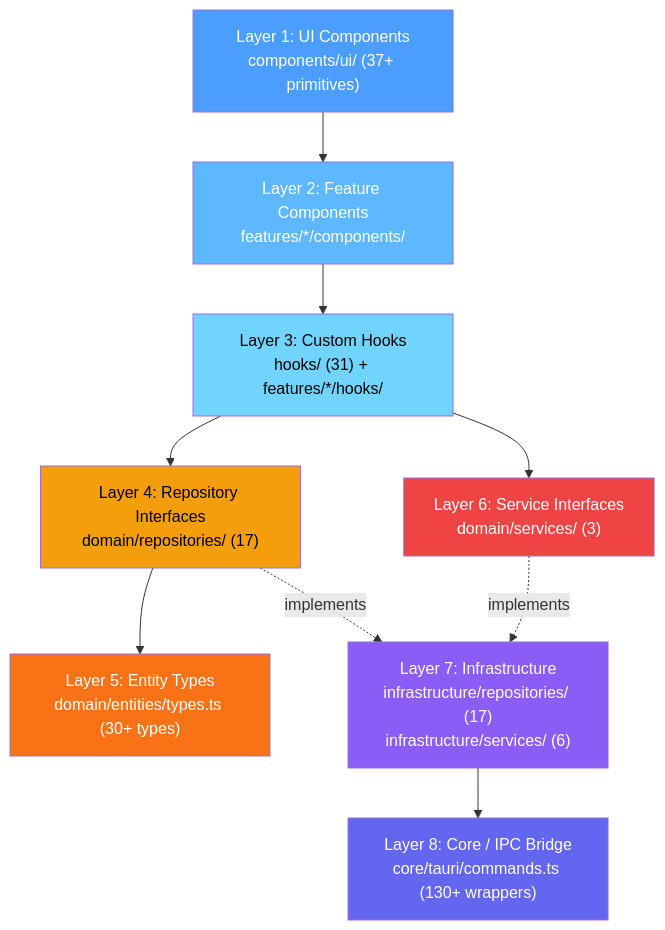
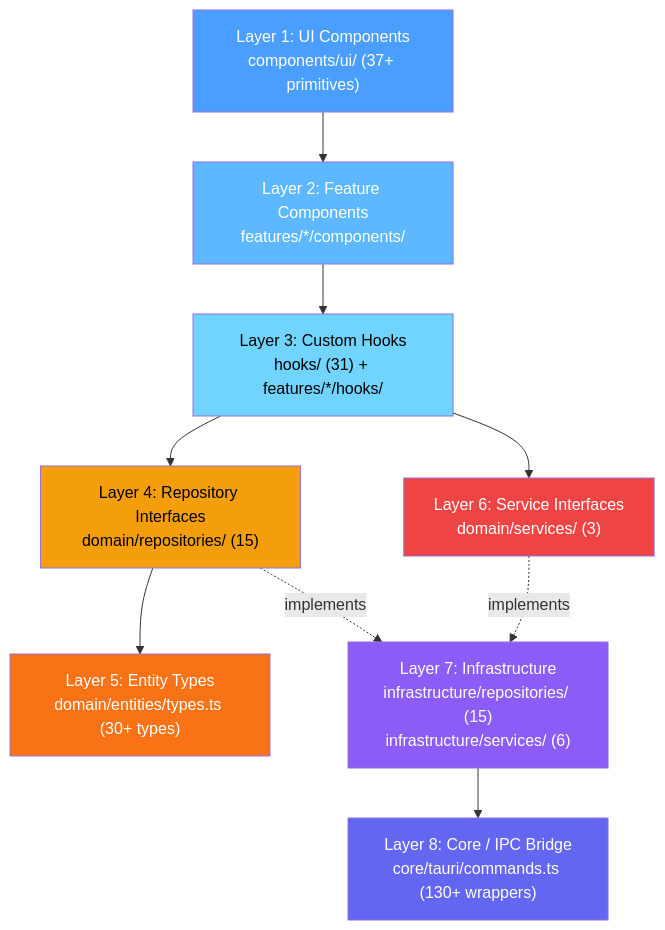
One commit to Sai-Roopesh/becomeAnAuthor changed the third of 6 diagrams in docs/hld.md. Above: the diagram before and after it, drawn with Mermaid. The commit also changed other lines of this file and 2 other files, not shown here.

First line of the commit message:
docs: remove references to deleted map and world timeline features

````diff
--- a/docs/hld.md
+++ b/docs/hld.md
@@ -341,26 +339,26 @@
 ```mermaid
 graph TB
     L1["Layer 1: UI Components<br/>components/ui/ (37+ primitives)"]
     L2["Layer 2: Feature Components<br/>features/*/components/"]
     L3["Layer 3: Custom Hooks<br/>hooks/ (31) + features/*/hooks/"]
-    L4["Layer 4: Repository Interfaces<br/>domain/repositories/ (17)"]
+    L4["Layer 4: Repository Interfaces<br/>domain/repositories/ (15)"]
     L5["Layer 5: Entity Types<br/>domain/entities/types.ts (30+ types)"]
     L6["Layer 6: Service Interfaces<br/>domain/services/ (3)"]
-    L7["Layer 7: Infrastructure<br/>infrastructure/repositories/ (17)<br/>infrastructure/services/ (6)"]
+    L7["Layer 7: Infrastructure<br/>infrastructure/repositories/ (15)<br/>infrastructure/services/ (6)"]
     L8["Layer 8: Core / IPC Bridge<br/>core/tauri/commands.ts (130+ wrappers)"]
 
     L1 --> L2 --> L3 --> L4 --> L5
     L3 --> L6
     L4 -.->|"implements"| L7
     L6 -.->|"implements"| L7
     L7 --> L8
 
     style L1 fill:#4a9eff,color:white
     style L2 fill:#5db8ff,color:white
     style L3 fill:#70d4ff,color:black
     style L4 fill:#f59e0b,color:black
     style L5 fill:#f97316,color:white
     style L6 fill:#ef4444,color:white
     style L7 fill:#8b5cf6,color:white
     style L8 fill:#6366f1,color:white
 ```
````
